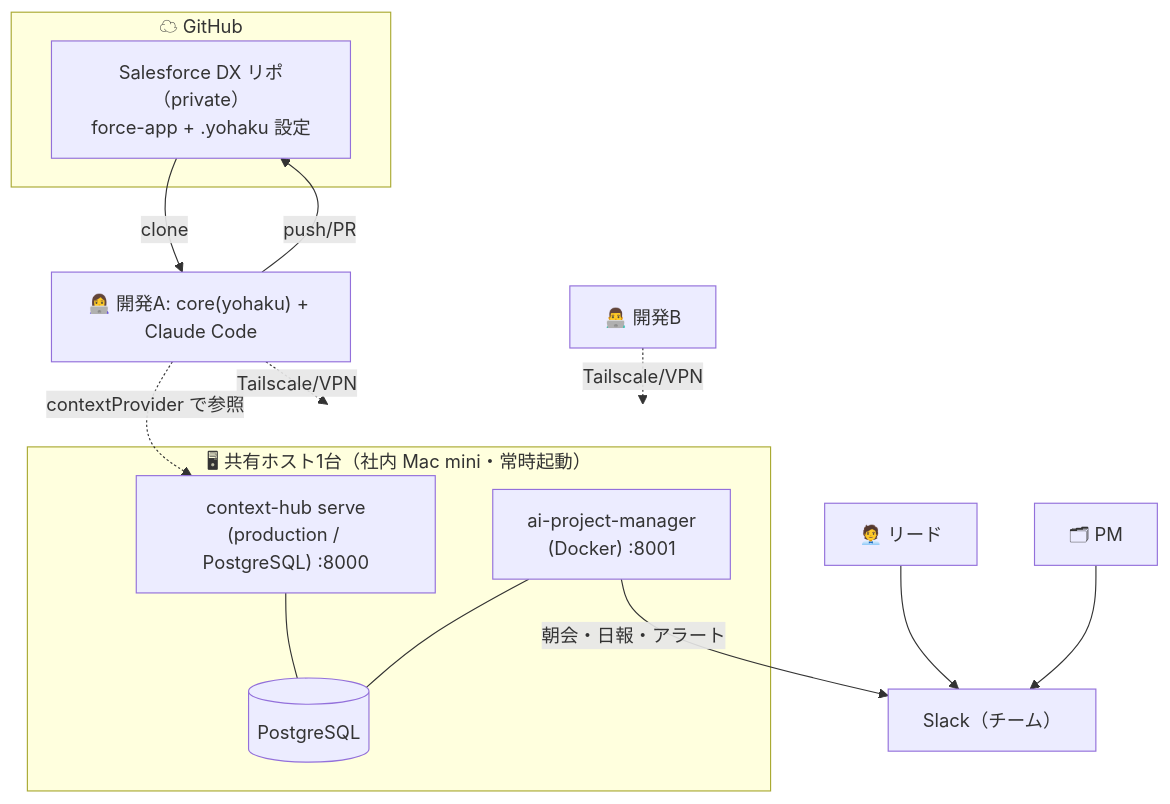
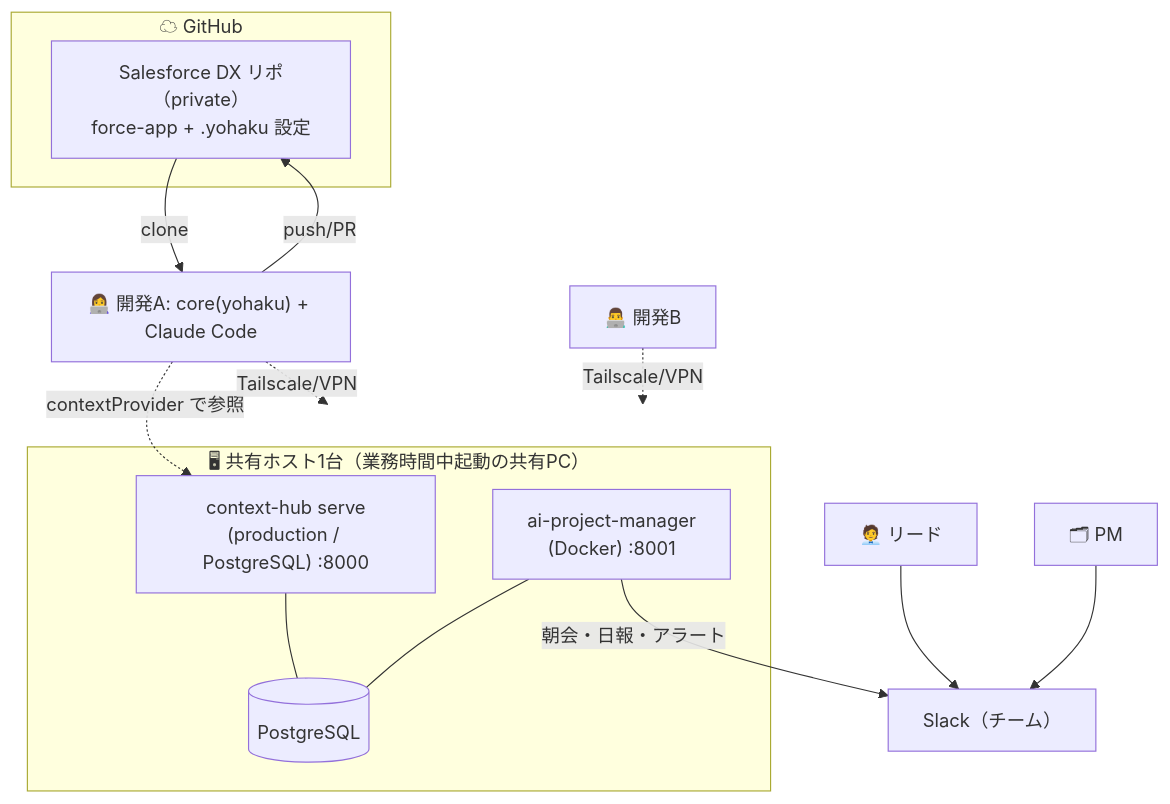
Before and after one commit to yohakuforce/docs: the first of 3 diagrams in docs/playbook/best-practice.md, drawn with Mermaid. The commit also changed other lines of this file and 2 other files, not shown here.

First line of the commit message:
docs: 共有ホストの前提を見直し（専用常時起動サーバ/Mac mini を不要に）

````diff
--- a/docs/playbook/best-practice.md
+++ b/docs/playbook/best-practice.md
@@ -34,27 +34,27 @@
 ```mermaid
 flowchart TB
-    subgraph host["🖥 共有ホスト1台（社内 Mac mini・常時起動）"]
+    subgraph host["🖥 共有ホスト1台（業務時間中起動の共有PC）"]
         CH["context-hub serve<br/>(production / PostgreSQL) :8000"]
         AIPM["ai-project-manager<br/>(Docker) :8001"]
         PG[("PostgreSQL")]
         CH --- PG
         AIPM --- PG
     end
     subgraph gh["☁ GitHub"]
         SFREPO["Salesforce DX リポ（private）<br/>force-app + .yohaku 設定"]
     end
     Slack["Slack（チーム）"]
     DevA["👩‍💻 開発A: core(yohaku) + Claude Code"]
     DevB["👨‍💻 開発B"]
     PL["🧑‍💼 リード"]
     PM["🗂 PM"]
 
     DevA -->|push/PR| SFREPO
     SFREPO -->|clone| DevA
     DevA -.->|contextProvider で参照| CH
     AIPM -->|朝会・日報・アラート| Slack
     PL --> Slack
     PM --> Slack
     DevA -. Tailscale/VPN .-> host
     DevB -. Tailscale/VPN .-> host
 ```
````
